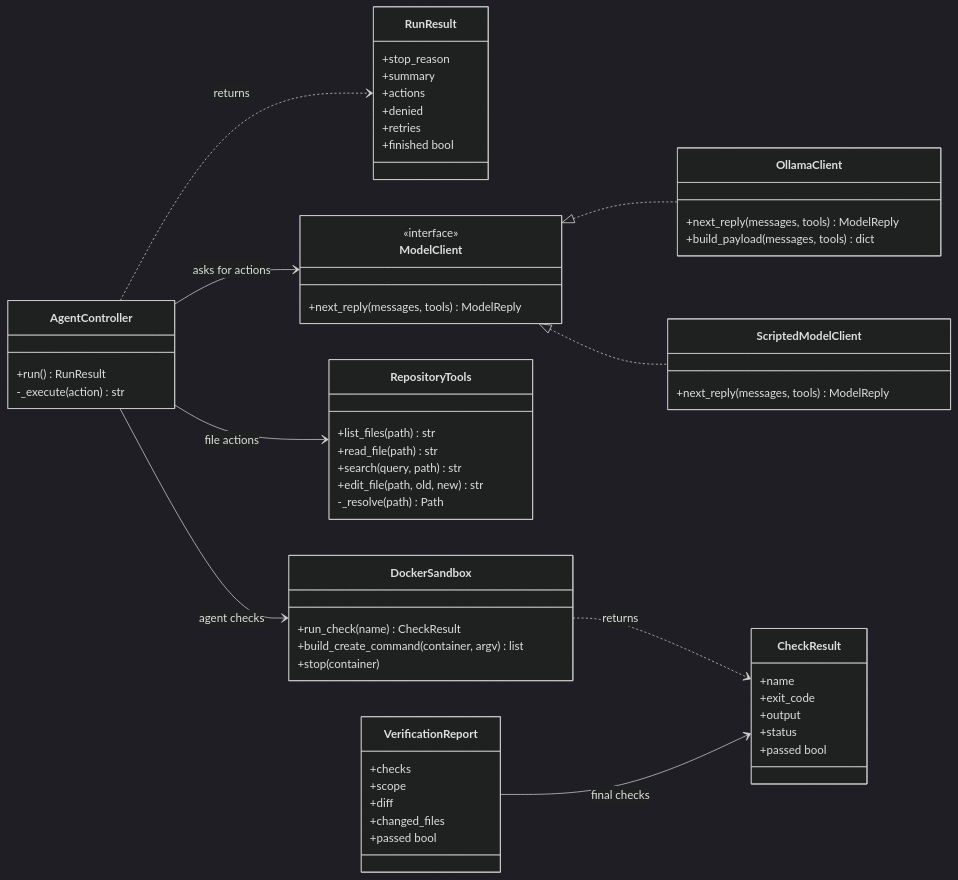
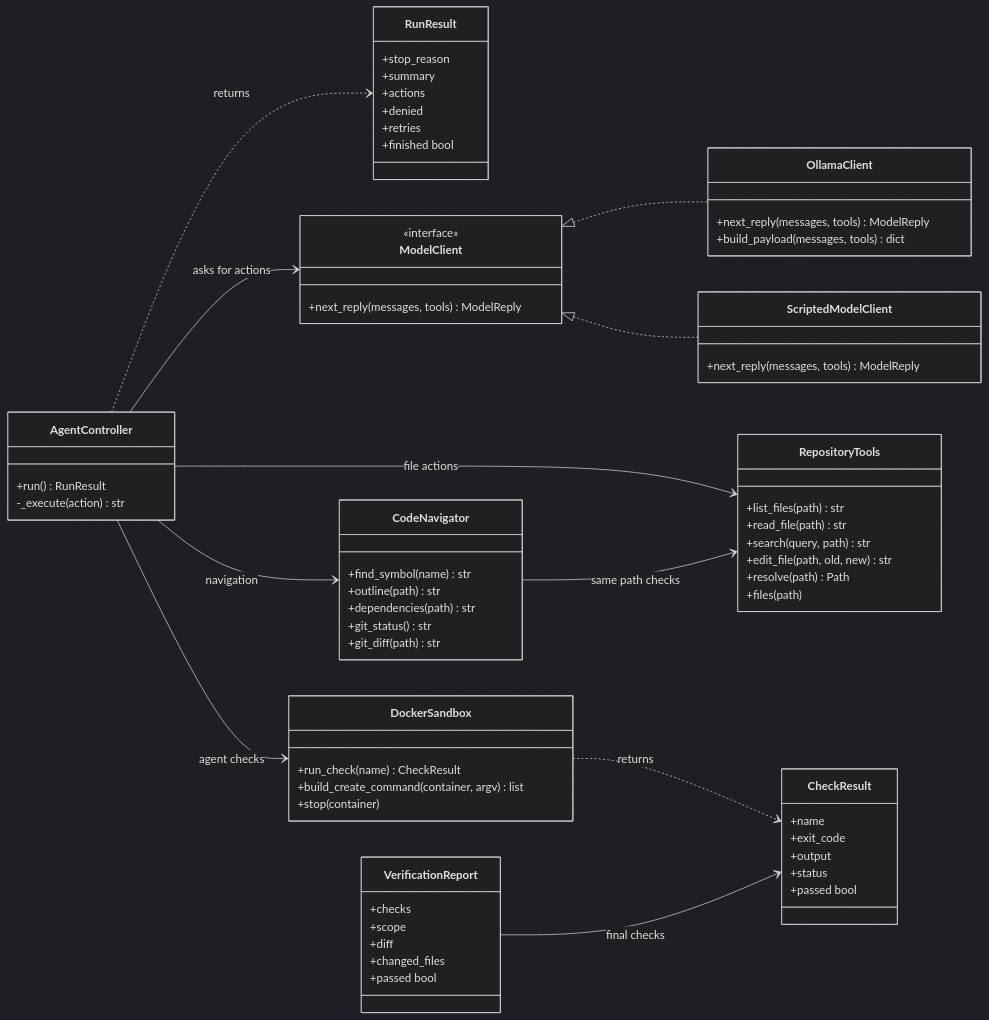
The second of 4 diagrams in README.md (linda-gan/swe25-aaia-coding-harness), drawn with Mermaid (dark theme) before and after one commit. The commit also changed other lines of this file and 6 other files, not shown here.

````diff
--- a/README.md
+++ b/README.md
@@ -214,61 +217,71 @@
 ```mermaid
 classDiagram
     direction LR
     class AgentController {
         +run() RunResult
         -_execute(action) str
     }
     class RunResult {
         +stop_reason
         +summary
         +actions
         +denied
         +retries
         +finished bool
     }
     class ModelClient {
         <<interface>>
         +next_reply(messages, tools) ModelReply
     }
     class OllamaClient {
         +next_reply(messages, tools) ModelReply
         +build_payload(messages, tools) dict
     }
     class ScriptedModelClient {
         +next_reply(messages, tools) ModelReply
     }
     class RepositoryTools {
         +list_files(path) str
         +read_file(path) str
         +search(query, path) str
         +edit_file(path, old, new) str
-        -_resolve(path) Path
+        +resolve(path) Path
+        +files(path)
+    }
+    class CodeNavigator {
+        +find_symbol(name) str
+        +outline(path) str
+        +dependencies(path) str
+        +git_status() str
+        +git_diff(path) str
     }
     class DockerSandbox {
         +run_check(name) CheckResult
         +build_create_command(container, argv) list
         +stop(container)
     }
     class CheckResult {
         +name
         +exit_code
         +output
         +status
         +passed bool
     }
     class VerificationReport {
         +checks
         +scope
         +diff
         +changed_files
         +passed bool
     }
     ModelClient <|.. OllamaClient
     ModelClient <|.. ScriptedModelClient
     AgentController --> ModelClient : asks for actions
     AgentController --> RepositoryTools : file actions
+    AgentController --> CodeNavigator : navigation
+    CodeNavigator --> RepositoryTools : same path checks
     AgentController --> DockerSandbox : agent checks
     AgentController ..> RunResult : returns
     DockerSandbox ..> CheckResult : returns
     VerificationReport --> CheckResult : final checks
 ```
````
